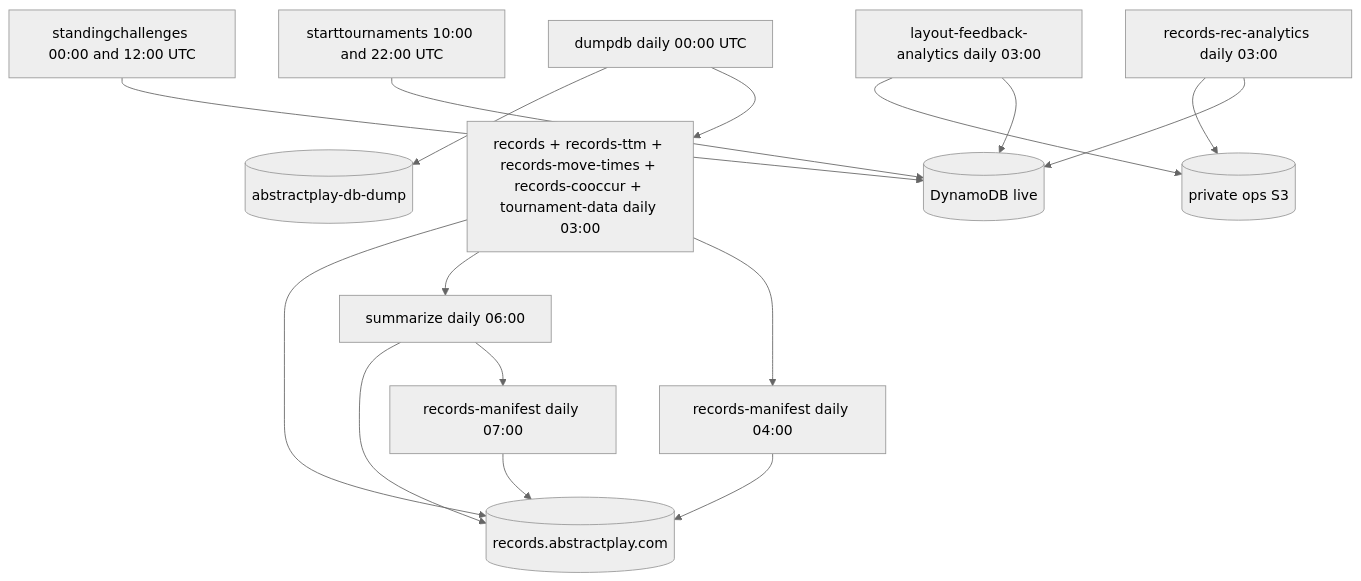
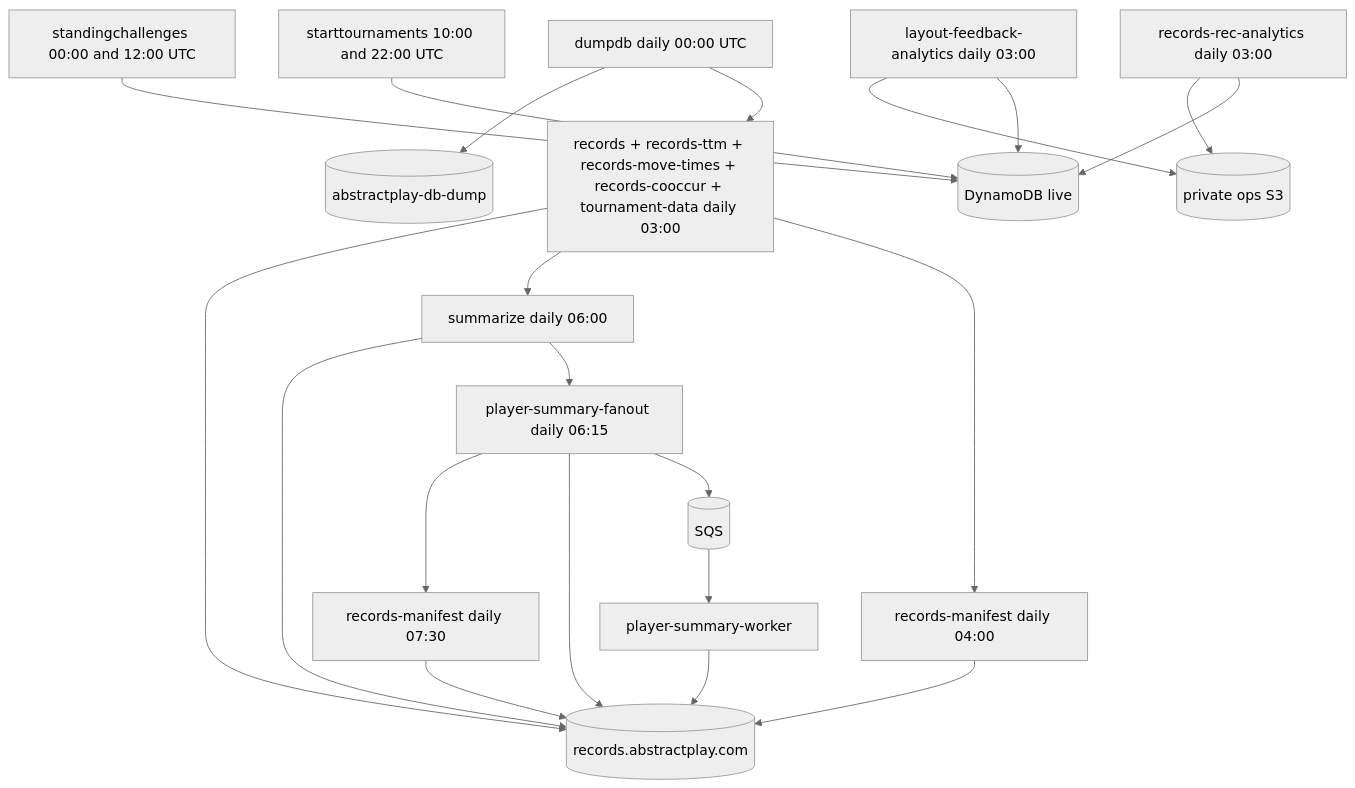
Before and after one commit to AbstractPlay/backend-crons: the diagram in docs/pipeline.md, drawn with Mermaid (neutral theme). The commit also changed other lines of this file and 35 other files, not shown here.

````diff
--- a/docs/pipeline.md
+++ b/docs/pipeline.md
@@ -23,18 +24,23 @@
 ```mermaid
 flowchart TD
     dumpdb["dumpdb daily 00:00 UTC"] --> batch["records + records-ttm + records-move-times + records-cooccur + tournament-data daily 03:00"]
     recanalytics["records-rec-analytics daily 03:00"] --> ddb[(DynamoDB live)]
     recanalytics --> s3ops[(private ops S3)]
     layoutfb["layout-feedback-analytics daily 03:00"] --> ddb
     layoutfb --> s3ops
     batch --> manifest1["records-manifest daily 04:00"]
     batch --> summarize["summarize daily 06:00"]
-    summarize --> manifest2["records-manifest daily 07:00"]
+    summarize --> fanout["player-summary-fanout daily 06:15"]
+    fanout --> sqs[(SQS)]
+    sqs --> workers["player-summary-worker"]
+    workers --> s3rec
+    fanout --> s3rec
+    fanout --> manifest2["records-manifest daily 07:30"]
     live1["starttournaments 10:00 and 22:00 UTC"] --> ddb[(DynamoDB live)]
     live2["standingchallenges 00:00 and 12:00 UTC"] --> ddb
     dumpdb --> s3dump[(abstractplay-db-dump)]
     batch --> s3rec[(records.abstractplay.com)]
     summarize --> s3rec
     manifest1 --> s3rec
     manifest2 --> s3rec
 ```
````
